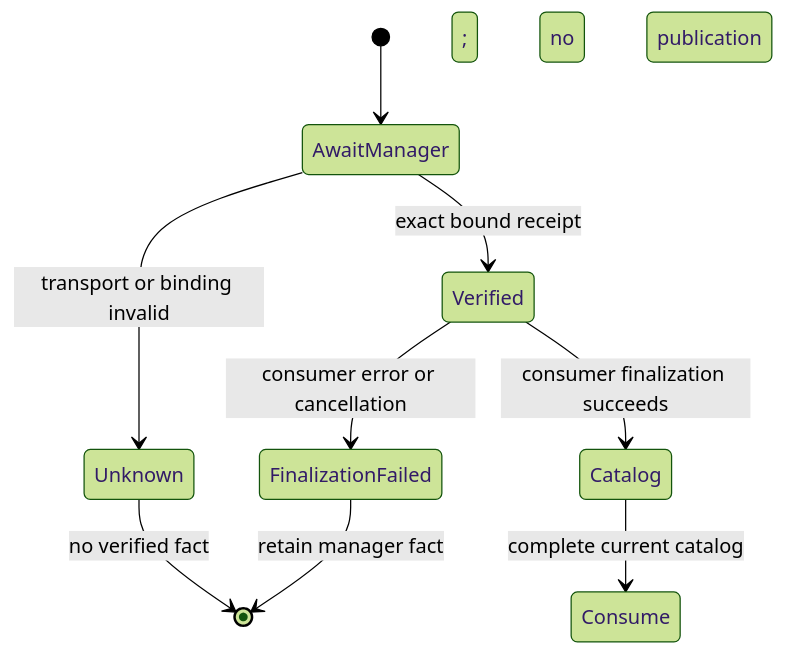
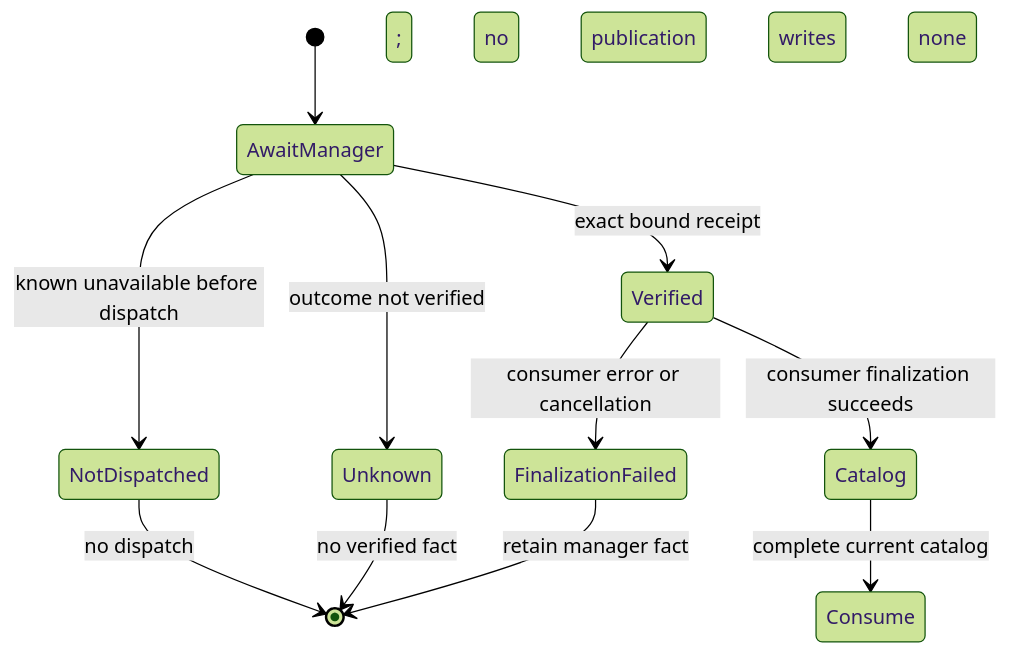
The diagram in .agents/skills/verify-notion-consumer-state/references/contracts.md (yoyooyooo/pi-context-broker), drawn with Mermaid (forest theme) before and after one commit. The commit also changed other lines of this file and 2 other files, not shown here.

Commit message:
chore(verification): pin accepted catalog-retirement CLI
Select accepted CLI 97791af8f6a5a013c6a3912f23b65a392a67086c. Clarify known no-dispatch versus unknown outcomes and independently authenticated manager/consumer scopes without changing runtime behavior.

```diff
--- a/.agents/skills/verify-notion-consumer-state/references/contracts.md
+++ b/.agents/skills/verify-notion-consumer-state/references/contracts.md
@@ -57,11 +57,13 @@
 ~~~mermaid
 stateDiagram-v2
     [*] --> AwaitManager
-    AwaitManager --> Unknown: transport or binding invalid
+    AwaitManager --> NotDispatched: known unavailable before dispatch
+    AwaitManager --> Unknown: outcome not verified
     AwaitManager --> Verified: exact bound receipt
     Verified --> FinalizationFailed: consumer error or cancellation
     Verified --> Catalog: consumer finalization succeeds
     Catalog --> Consume: complete current catalog
     FinalizationFailed --> [*]: retain manager fact; no publication
+    NotDispatched --> [*]: no dispatch; writes none
     Unknown --> [*]: no verified fact
 ~~~
```
